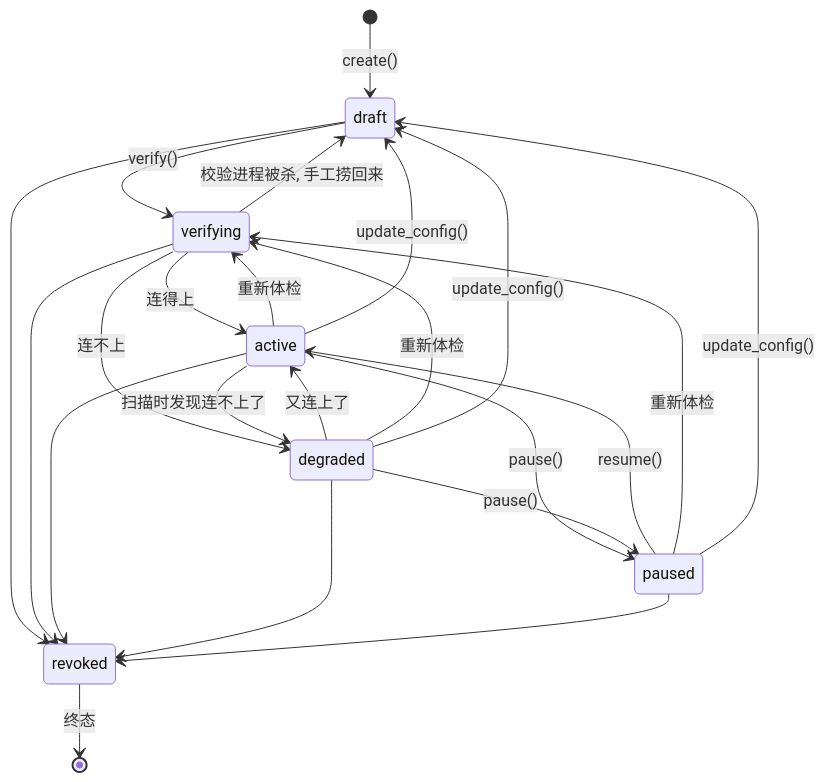
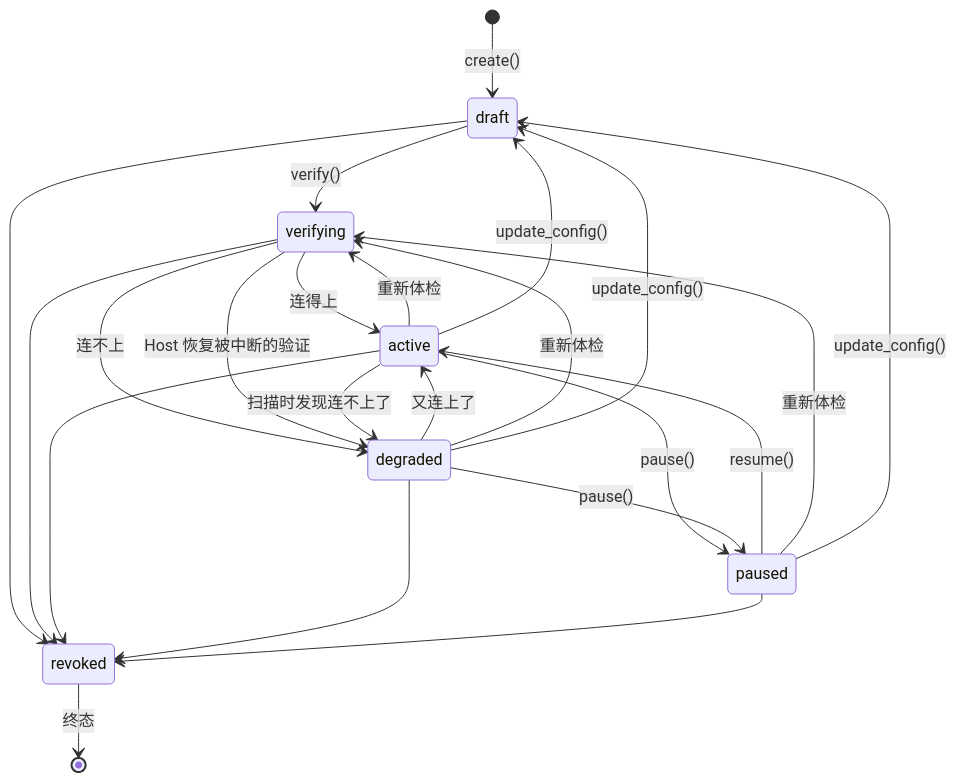
The diagram in Documents/resource_module.md (hylinux/shovel), drawn with Mermaid before and after one commit. The commit also changed other lines of this file and 59 other files, not shown here.

````diff
--- a/Documents/resource_module.md
+++ b/Documents/resource_module.md
@@ -38,25 +60,25 @@
 ```mermaid
 stateDiagram-v2
     [*] --> draft: create()
     draft --> verifying: verify()
     verifying --> active: 连得上
     verifying --> degraded: 连不上
-    verifying --> draft: 校验进程被杀, 手工捞回来
+    verifying --> degraded: Host 恢复被中断的验证
     active --> degraded: 扫描时发现连不上了
     degraded --> active: 又连上了
     active --> paused: pause()
     degraded --> paused: pause()
     paused --> active: resume()
     active --> verifying: 重新体检
     degraded --> verifying: 重新体检
     paused --> verifying: 重新体检
     active --> draft: update_config()
     degraded --> draft: update_config()
     paused --> draft: update_config()
     draft --> revoked
     verifying --> revoked
     active --> revoked
     degraded --> revoked
     paused --> revoked
     revoked --> [*]: 终态
 ```
````
